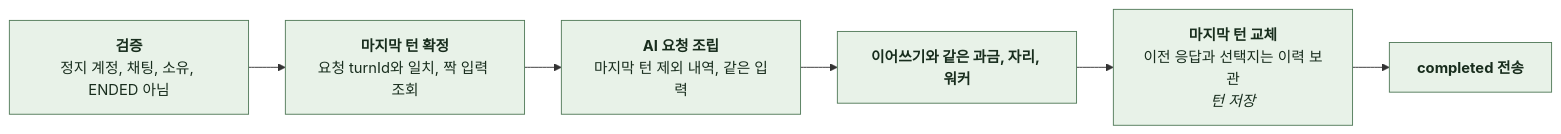
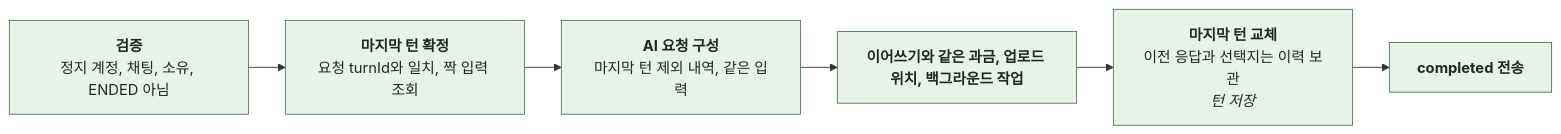
One commit to KIM-N-KANG/knk-harness changed the sixth of 12 diagrams in docs/domain/CHAT/BACKEND/4-1-PIPELINES.md. Above: the diagram before and after it, drawn with Mermaid. The commit also changed other lines of this file and 14 other files, not shown here.

````diff
--- a/docs/domain/CHAT/BACKEND/4-1-PIPELINES.md
+++ b/docs/domain/CHAT/BACKEND/4-1-PIPELINES.md
@@ -325,16 +335,16 @@
 ```mermaid
 %%{init: {"flowchart": {"curve": "basis", "nodeSpacing": 24, "rankSpacing": 40}}}%%
 flowchart LR
     A["`**검증**
 정지 계정, 채팅, 소유, ENDED 아님`"] --> B["`**마지막 턴 확정**
 요청 turnId와 일치, 짝 입력 조회`"]
-    B --> C["`**AI 요청 조립**
+    B --> C["`**AI 요청 구성**
 마지막 턴 제외 내역, 같은 입력`"]
-    C --> D["`**이어쓰기와 같은 과금, 자리, 워커**`"]
+    C --> D["`**이어쓰기와 같은 과금, 업로드 위치, 백그라운드 작업**`"]
     D --> E["`**마지막 턴 교체**
 이전 응답과 선택지는 이력 보관
 *턴 저장*`"]
     E --> F["`**completed 전송**`"]
     classDef comp fill:#E8F2E8,stroke:#527A59,color:#182D1D
     class A,B,C,D,E,F comp
 ```
````
